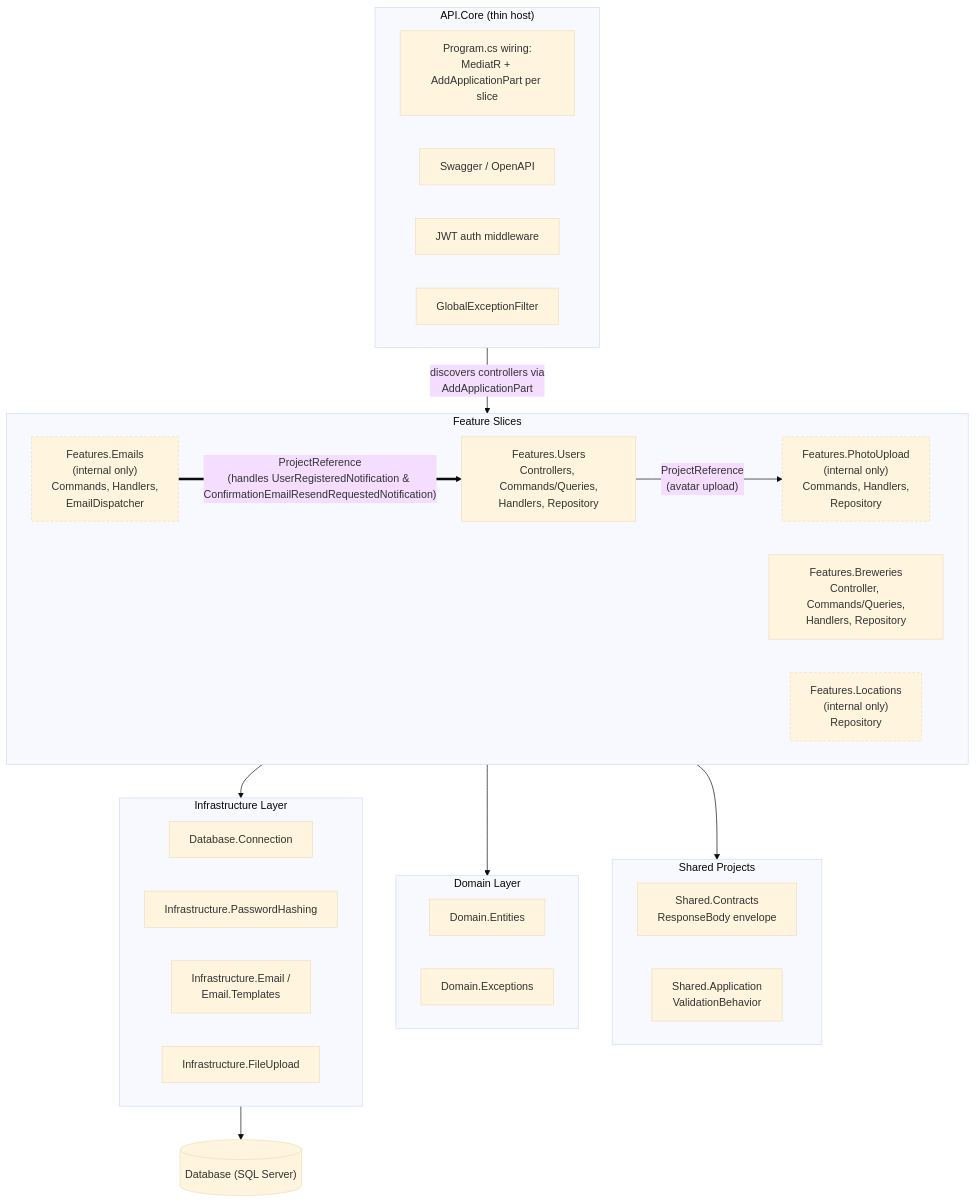
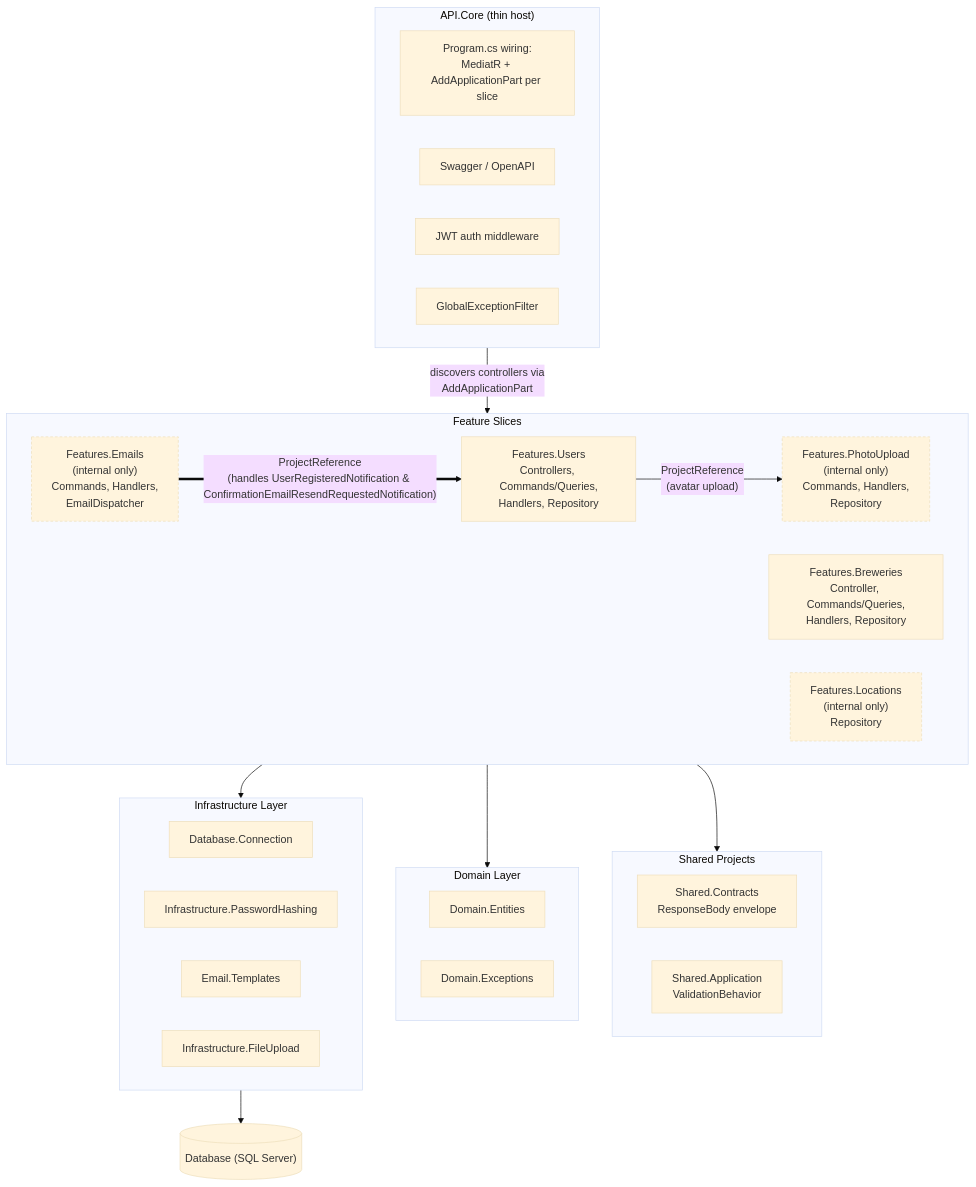
The first of 2 diagrams in docs/web/architecture.md (aaronpo97/the-biergarten-app), drawn with Mermaid (base theme) before and after one commit. The commit also changed other lines of this file and 4 other files, not shown here.

Commit message:
Update web docs for Infrastructure.Email move (#289)

````diff
--- a/docs/web/architecture.md
+++ b/docs/web/architecture.md
@@ -58,55 +58,55 @@
 ```mermaid
 flowchart TB
     subgraph HOST["API.Core (thin host)"]
         direction LR
         H1["Program.cs wiring:<br/>MediatR + AddApplicationPart per slice"]
         H2["Swagger / OpenAPI"]
         H3["JWT auth middleware"]
         H4["GlobalExceptionFilter"]
     end
 
     subgraph SLICES["Feature Slices"]
         direction LR
         S1["Features.Users<br/>Controllers, Commands/Queries,<br/>Handlers, Repository"]
         S2["Features.Breweries<br/>Controller, Commands/Queries,<br/>Handlers, Repository"]
         S3["Features.Emails<br/>(internal only)<br/>Commands, Handlers,<br/>EmailDispatcher"]
         S4["Features.Locations<br/>(internal only)<br/>Repository"]
         S5["Features.PhotoUpload<br/>(internal only)<br/>Commands, Handlers,<br/>Repository"]
     end
 
     subgraph SHARED["Shared Projects"]
         direction LR
         SH1["Shared.Contracts<br/>ResponseBody envelope"]
         SH2["Shared.Application<br/>ValidationBehavior"]
     end
 
     subgraph DOMAIN["Domain Layer"]
         direction LR
         D1["Domain.Entities"]
         D2["Domain.Exceptions"]
     end
 
     subgraph INFRA["Infrastructure Layer"]
         direction LR
         I1["Database.Connection"]
         I3["Infrastructure.PasswordHashing"]
-        I4["Infrastructure.Email /<br/>Email.Templates"]
+        I4["Email.Templates"]
         I5["Infrastructure.FileUpload"]
     end
 
     DB[("Database (SQL Server)")]
 
     HOST -- "discovers controllers via<br/>AddApplicationPart" --> SLICES
     S3 == "ProjectReference<br/>(handles UserRegisteredNotification & ConfirmationEmailResendRequestedNotification)" ==> S1
     S1 -- "ProjectReference<br/>(avatar upload)" --> S5
 
     SLICES --> SHARED
     SLICES --> DOMAIN
     SLICES --> INFRA
 
     INFRA --> DB
 
     style S3 stroke-dasharray: 4 3
     style S4 stroke-dasharray: 4 3
     style S5 stroke-dasharray: 4 3
 ```
````
